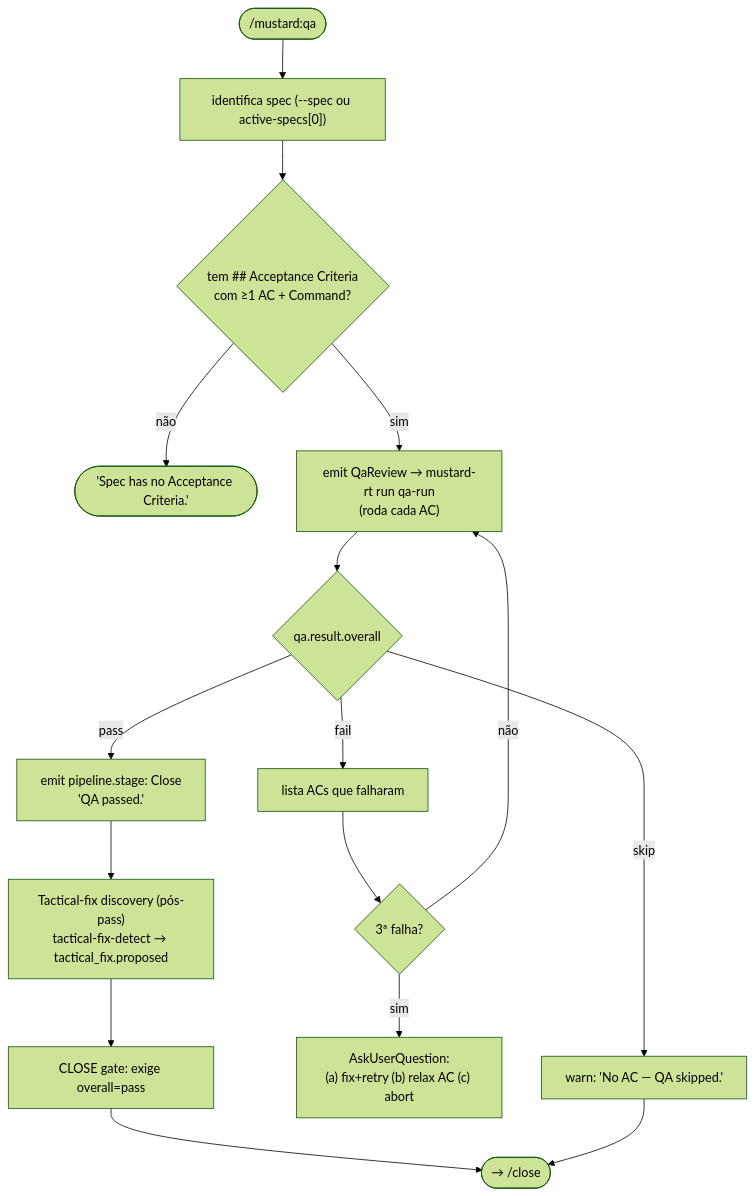
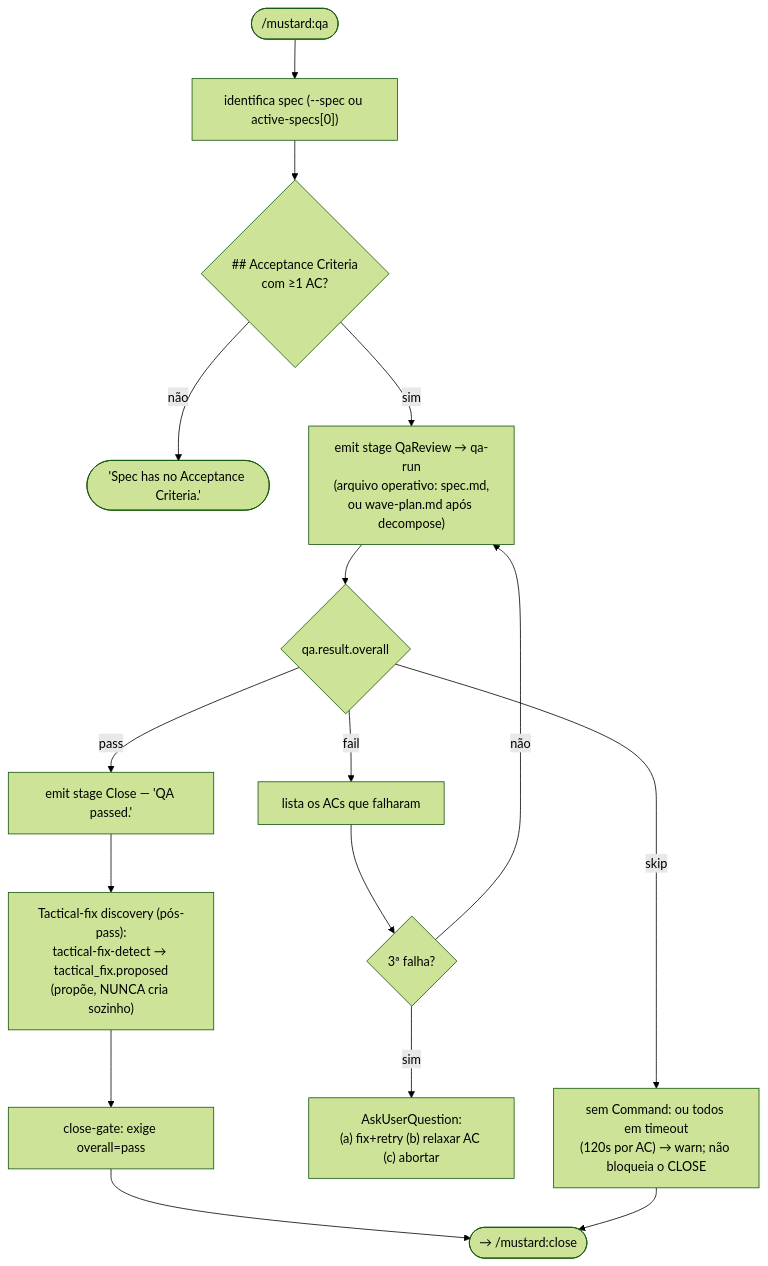
Before and after one commit to rubensrpj/mustard: the eighth of 20 diagrams in MUSTARD-COMMANDS.md, drawn with Mermaid (forest theme). The commit also changed other lines of this file and 35 other files, not shown here.

````diff
--- a/MUSTARD-COMMANDS.md
+++ b/MUSTARD-COMMANDS.md
@@ -248,21 +295,21 @@
 ```mermaid
 flowchart TD
     start(["/mustard:qa"]) --> id["identifica spec (--spec ou active-specs[0])"]
-    id --> hasAC{"tem ## Acceptance Criteria<br/>com ≥1 AC + Command?"}
+    id --> hasAC{"## Acceptance Criteria<br/>com ≥1 AC?"}
     hasAC -->|não| stop(["'Spec has no Acceptance Criteria.'"])
-    hasAC -->|sim| run["emit QaReview → mustard-rt run qa-run<br/>(roda cada AC)"]
+    hasAC -->|sim| run["emit stage QaReview → qa-run<br/>(arquivo operativo: spec.md,<br/>ou wave-plan.md após decompose)"]
 
     run --> branch{"qa.result.overall"}
-    branch -->|pass| pass["emit pipeline.stage: Close<br/>'QA passed.'"]
-    branch -->|fail| fail["lista ACs que falharam"]
-    branch -->|skip| skip["warn: 'No AC — QA skipped.'"]
+    branch -->|pass| pass["emit stage Close — 'QA passed.'"]
+    branch -->|fail| fail["lista os ACs que falharam"]
+    branch -->|skip| skip["sem Command: ou todos em timeout<br/>(120s por AC) → warn; não bloqueia o CLOSE"]
 
     fail --> iter{"3ª falha?"}
     iter -->|não| run
-    iter -->|sim| ask["AskUserQuestion:<br/>(a) fix+retry (b) relax AC (c) abort"]
+    iter -->|sim| ask["AskUserQuestion:<br/>(a) fix+retry (b) relaxar AC (c) abortar"]
 
-    pass --> tf["Tactical-fix discovery (pós-pass)<br/>tactical-fix-detect → tactical_fix.proposed"]
-    tf --> gate["CLOSE gate: exige overall=pass"]
-    gate --> done(["→ /close"])
+    pass --> tf["Tactical-fix discovery (pós-pass):<br/>tactical-fix-detect → tactical_fix.proposed<br/>(propõe, NUNCA cria sozinho)"]
+    tf --> gate["close-gate: exige overall=pass"]
+    gate --> done(["→ /mustard:close"])
     skip --> done
 ```
````
